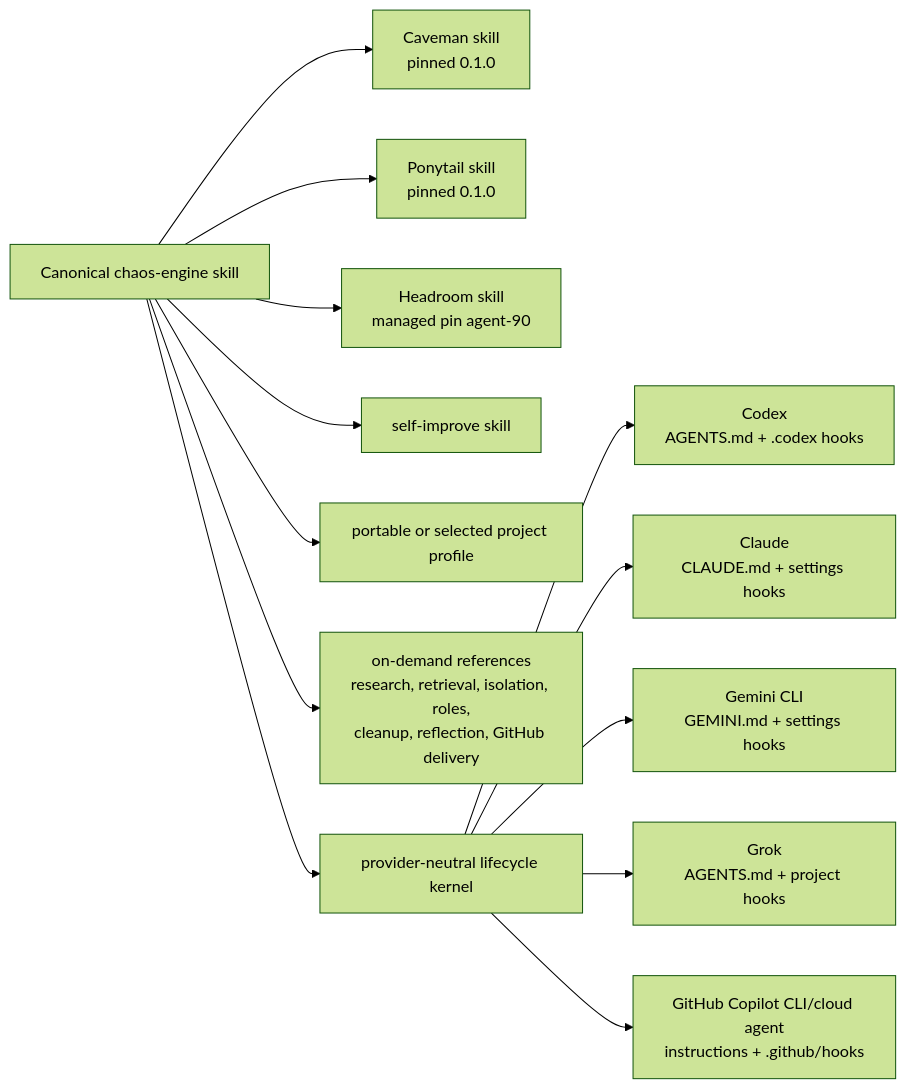
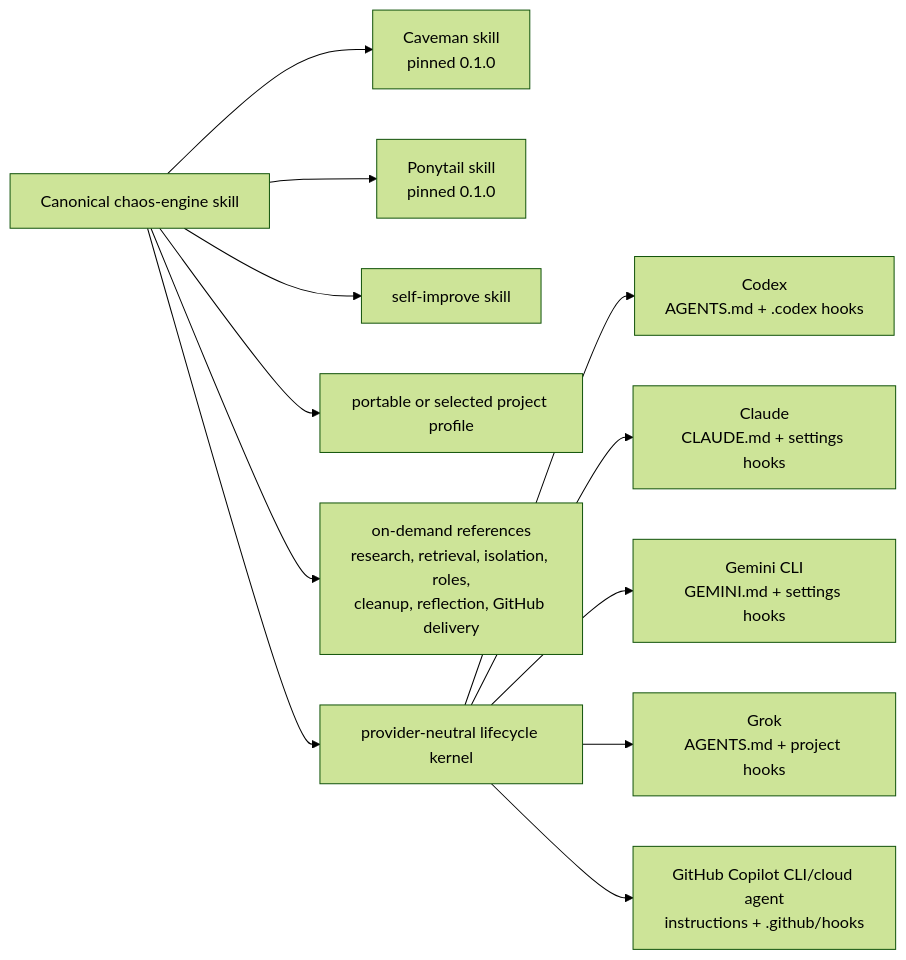
The third of 13 diagrams in chaos-engine/README.md (ShaftHQ/SHAFT_ENGINE), drawn with Mermaid (forest theme) before and after one commit. The commit also changed other lines of this file and 35 other files, not shown here.

````diff
--- a/chaos-engine/README.md
+++ b/chaos-engine/README.md
@@ -282,17 +282,16 @@
 ```mermaid
 flowchart LR
     accTitle: Canonical host adapter topology
     accDescr: One canonical skill and kernel project thin guidance and lifecycle adapters into five supported hosts.
     K["Canonical chaos-engine skill"] --> C["Caveman skill<br/>pinned 0.1.0"]
     K --> P["Ponytail skill<br/>pinned 0.1.0"]
-    K --> H["Headroom skill<br/>managed pin agent-90"]
     K --> SI["self-improve skill"]
     K --> Profile["portable or selected project profile"]
     K --> Refs["on-demand references<br/>research, retrieval, isolation, roles,<br/>cleanup, reflection, GitHub delivery"]
     K --> Kernel["provider-neutral lifecycle kernel"]
     Kernel --> Codex["Codex<br/>AGENTS.md + .codex hooks"]
     Kernel --> Claude["Claude<br/>CLAUDE.md + settings hooks"]
     Kernel --> Gemini["Gemini CLI<br/>GEMINI.md + settings hooks"]
     Kernel --> Grok["Grok<br/>AGENTS.md + project hooks"]
     Kernel --> Copilot["GitHub Copilot CLI/cloud agent<br/>instructions + .github/hooks"]
 ```
````
